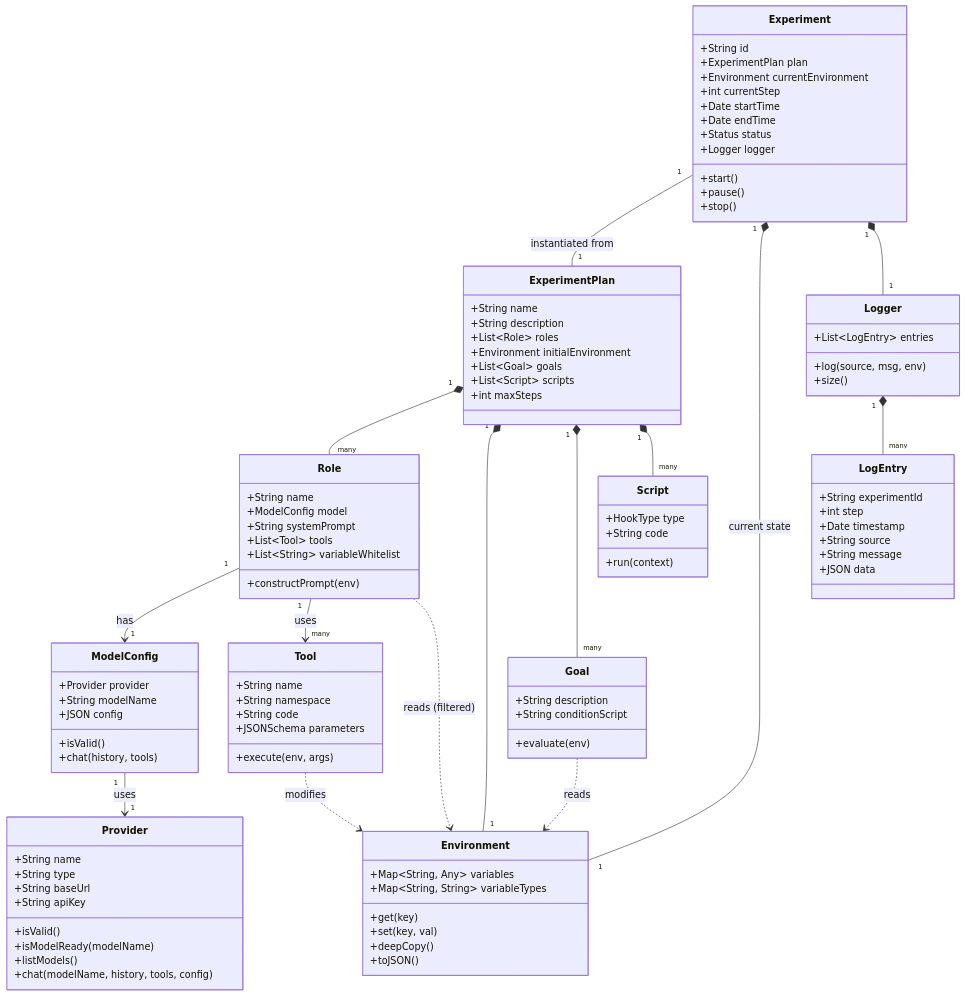
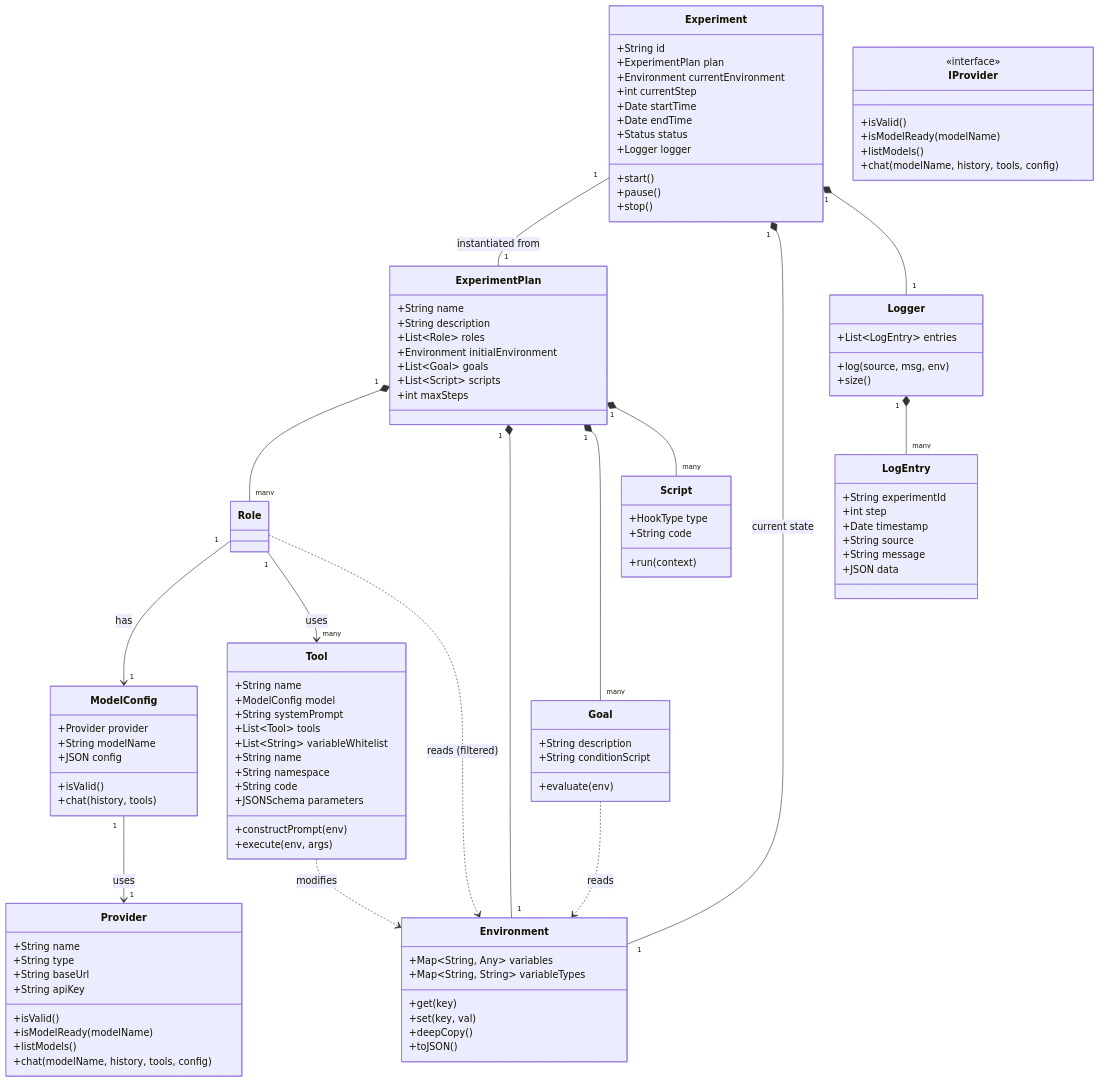
The first of 2 diagrams in SPEC.md (aldonadi/scientist-ai), drawn with Mermaid before and after one commit. The commit also changed other lines of this file, not shown here.

```diff
--- a/SPEC.md
+++ b/SPEC.md
@@ -215,7 +215,15 @@
         +chat(history, tools)
     }
 
-    class Role {
+    class IProvider {
+        <<interface>>
+        +isValid()
+        +isModelReady(modelName)
+        +listModels()
+        +chat(modelName, history, tools, config)
+    }
+
+    class Tool {
         +String name
         +ModelConfig model
         +String systemPrompt
```
